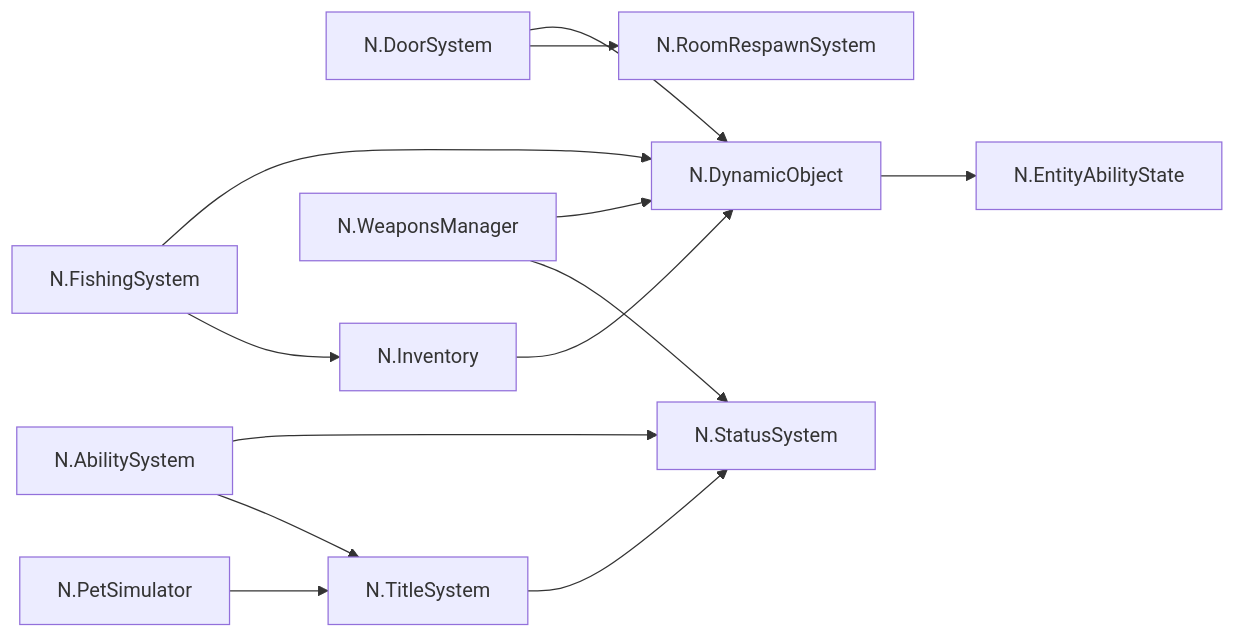
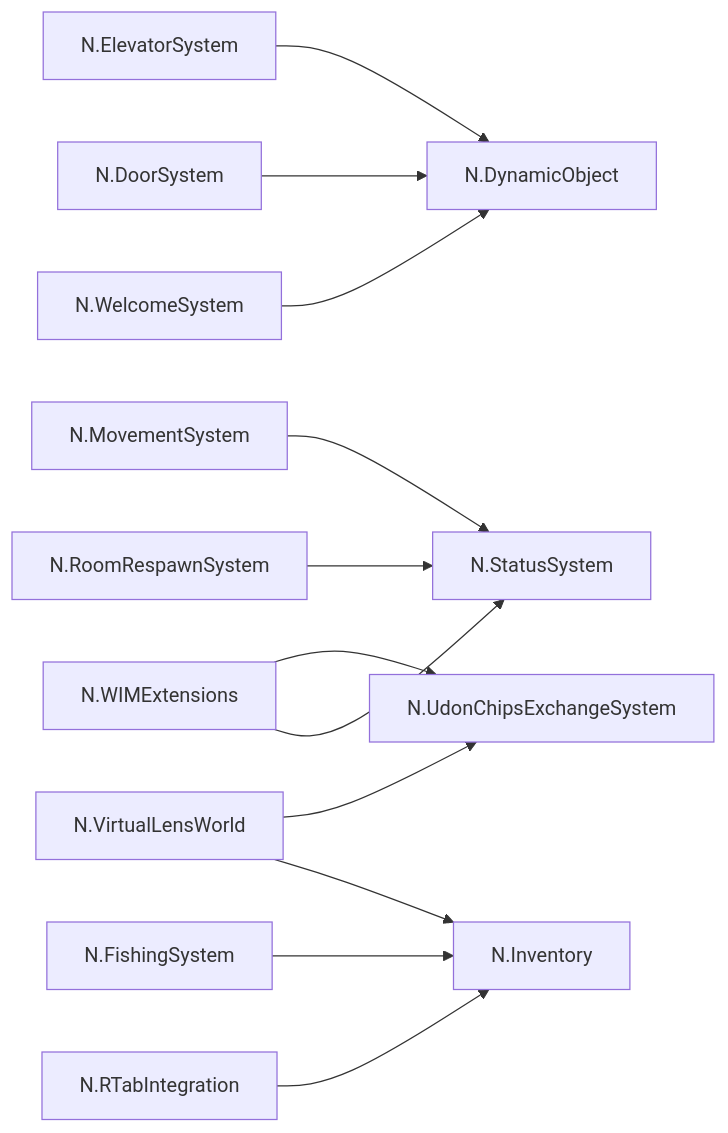
One commit to meiteng-un/N.WorldProjects changed the sixth of 6 diagrams in docs/systems.md. Above: the diagram before and after it, drawn with Mermaid. The commit also changed other lines of this file and 2 other files, not shown here.

Commit message:
Expand N-system diagrams and reference index

````diff
--- a/docs/systems.md
+++ b/docs/systems.md
@@ -5,15 +163,14 @@
 ```mermaid
-graph LR
-Door[N.DoorSystem] --> Dynamic[N.DynamicObject]
-Door --> Respawn[N.RoomRespawnSystem]
-Inventory[N.Inventory] --> Dynamic
-Weapons[N.WeaponsManager] --> Dynamic
-Weapons --> Status[N.StatusSystem]
-Title[N.TitleSystem] --> Status
-Ability[N.AbilitySystem] --> Status
-Ability --> Title
-Dynamic --> Entity[N.EntityAbilityState]
-Fishing[N.FishingSystem] --> Dynamic
-Fishing --> Inventory
-Pet[N.PetSimulator] --> Title
+flowchart LR
+    Welcome["N.WelcomeSystem"] --> Dynamic["N.DynamicObject"]
+    Door["N.DoorSystem"] --> Dynamic
+    Room["N.RoomRespawnSystem"] --> Status["N.StatusSystem"]
+    Elevator["N.ElevatorSystem"] --> Dynamic
+    WIM["N.WIMExtensions"] --> Status
+    WIM --> Exchange["N.UdonChipsExchangeSystem"]
+    RTab["N.RTabIntegration"] --> Inventory["N.Inventory"]
+    Camera["N.VirtualLensWorld"] --> Inventory
+    Camera --> Exchange
+    Fishing["N.FishingSystem"] --> Inventory
+    Movement["N.MovementSystem"] --> Status
 ```
````
